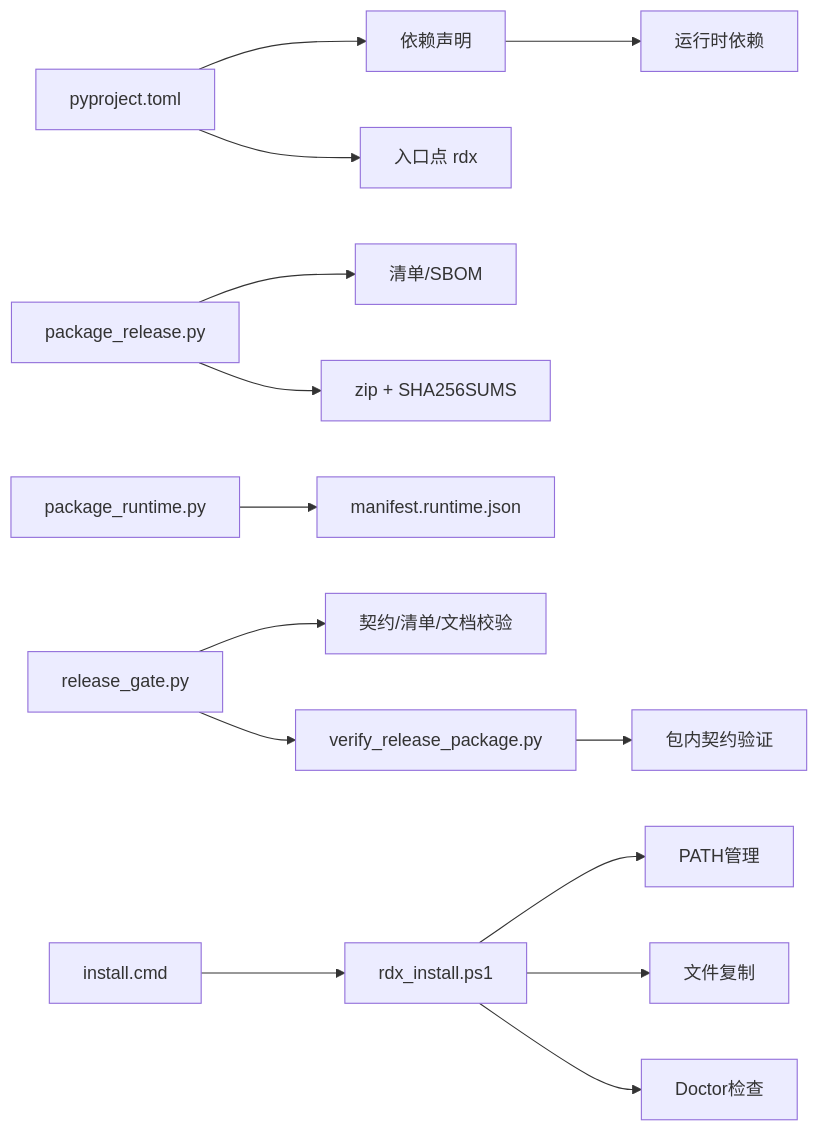
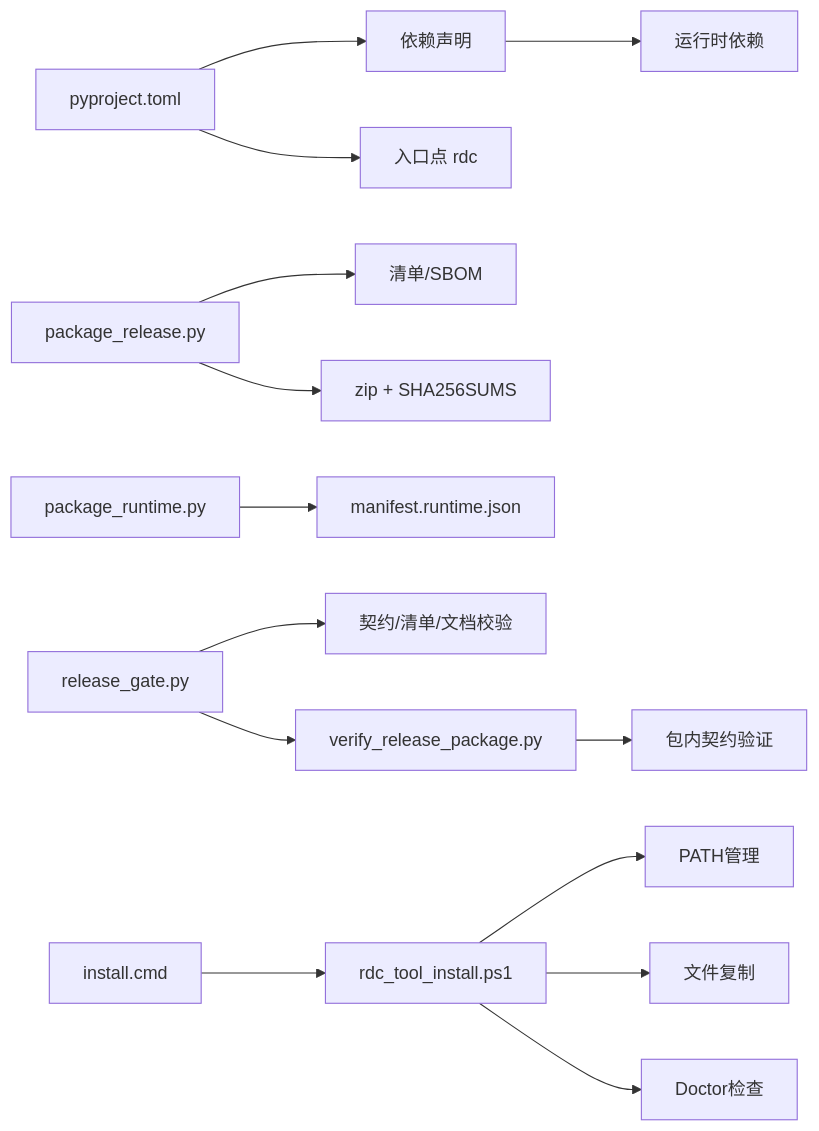
Before and after one commit to haolange/RDC-Tool: the seventh of 7 diagrams in .qoder/repowiki/zh/content/部署和发布/部署和发布.md, drawn with Mermaid. The commit also changed other lines of this file and 388 other files, not shown here.

First line of the commit message:
Release RDC-Tool identity and public maintenance surface

````diff
--- a/.qoder/repowiki/zh/content/部署和发布/部署和发布.md
+++ b/.qoder/repowiki/zh/content/部署和发布/部署和发布.md
@@ -436,16 +436,16 @@
 ```mermaid
 graph LR
 PR["pyproject.toml"] --> DEP["依赖声明"]
 DEP --> RUNTIME["运行时依赖"]
-PR --> ENTRY["入口点 rdx"]
+PR --> ENTRY["入口点 rdc"]
 PKG["package_release.py"] --> META["清单/SBOM"]
 PKG --> ZIP["zip + SHA256SUMS"]
 RT["package_runtime.py"] --> MAN["manifest.runtime.json"]
 RG["release_gate.py"] --> CHK["契约/清单/文档校验"]
 VF["verify_release_package.py"] --> VAL["包内契约验证"]
 RG --> VF
-INST["install.cmd"] --> PS["rdx_install.ps1"]
+INST["install.cmd"] --> PS["rdc_tool_install.ps1"]
 PS --> PATH["PATH管理"]
 PS --> COPY["文件复制"]
 PS --> DOCTOR["Doctor检查"]
 ```
````
